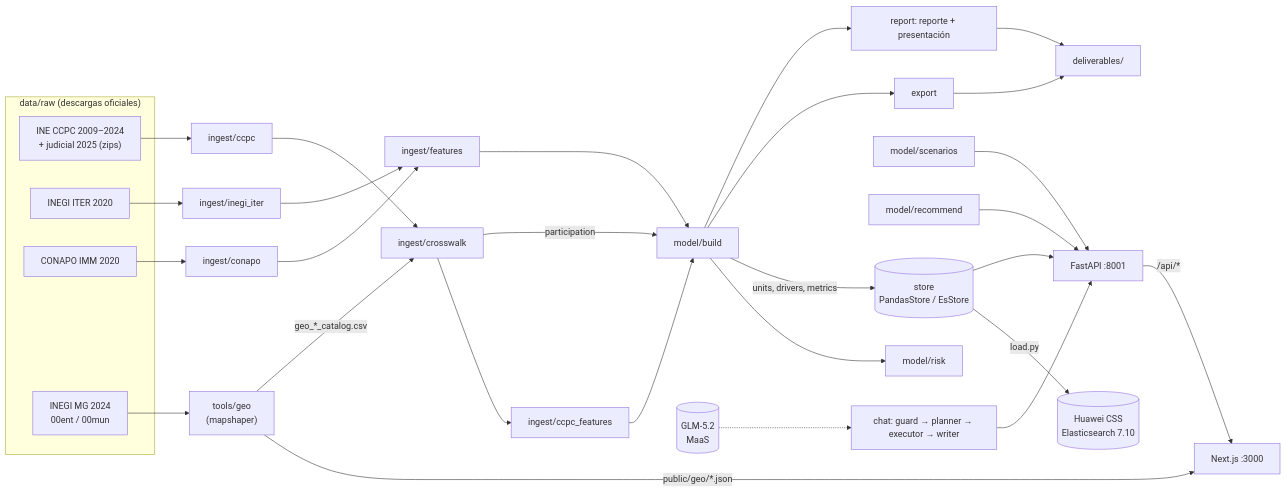
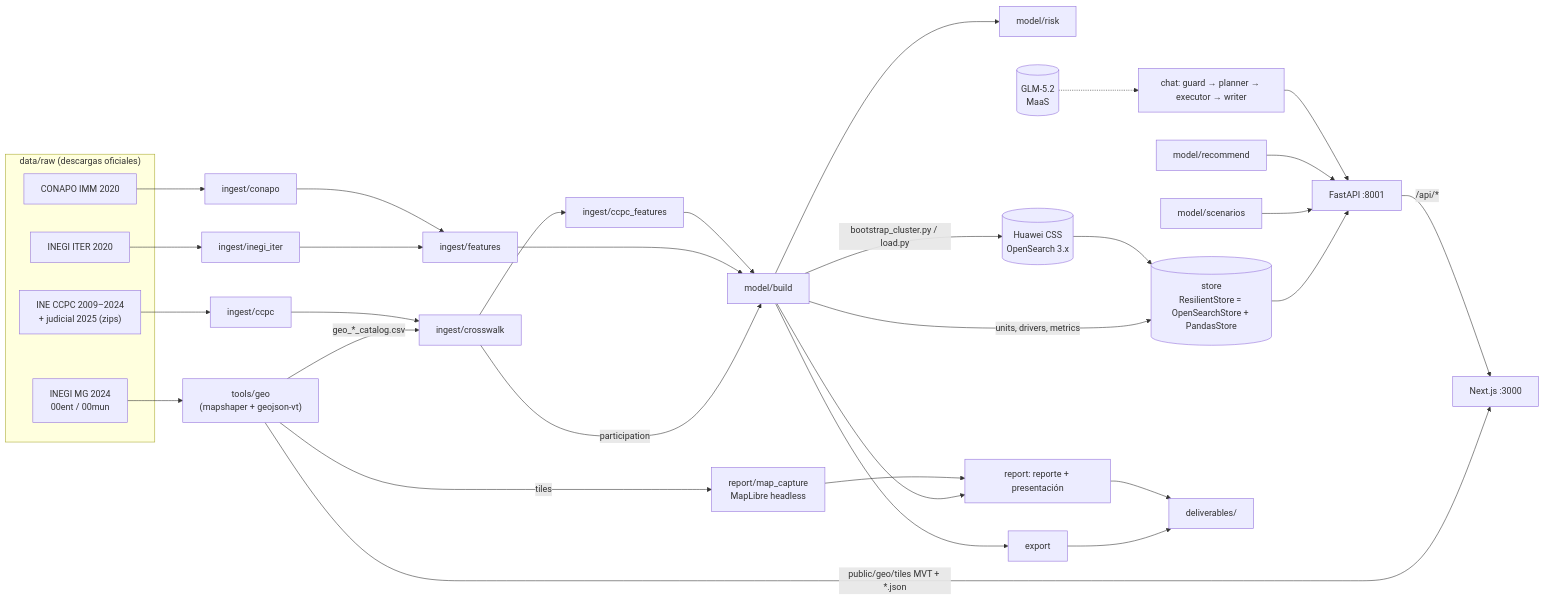
The diagram in explanation.md (MrAres259/INE-Hackathon-OXENT), drawn with Mermaid before and after one commit. The commit also changed other lines of this file, not shown here.

Commit message:
Update explanation.md: OpenSearch disposable cluster, vector-tile map engine, MapLibre-rendered PDF maps, current status

````diff
--- a/explanation.md
+++ b/explanation.md
@@ -30,30 +30,33 @@
 ```mermaid
 flowchart LR
   subgraph RAW["data/raw (descargas oficiales)"]
     CCPC["INE CCPC 2009–2024<br/>+ judicial 2025 (zips)"]
     ITER["INEGI ITER 2020"]
     IMM["CONAPO IMM 2020"]
     SHP["INEGI MG 2024<br/>00ent / 00mun"]
   end
-  SHP --> GEO["tools/geo<br/>(mapshaper)"]
-  GEO -->|public/geo/*.json| WEB
+  SHP --> GEO["tools/geo<br/>(mapshaper + geojson-vt)"]
+  GEO -->|public/geo/tiles MVT + *.json| WEB
+  GEO -->|tiles| CAP[report/map_capture<br/>MapLibre headless]
   GEO -->|geo_*_catalog.csv| CW
   CCPC --> CC[ingest/ccpc] --> CW[ingest/crosswalk]
   ITER --> IT[ingest/inegi_iter] --> FE[ingest/features]
   IMM --> CO[ingest/conapo] --> FE
   CW --> CF[ingest/ccpc_features]
   CW -->|participation| MB
   FE --> MB[model/build]
   CF --> MB
   MB --> RK[model/risk] 
-  MB -->|units, drivers, metrics| ST[(store<br/>PandasStore / EsStore)]
-  ST -->|load.py| CSS[(Huawei CSS<br/>Elasticsearch 7.10)]
+  MB -->|units, drivers, metrics| ST[(store<br/>ResilientStore = OpenSearchStore + PandasStore)]
+  MB -->|bootstrap_cluster.py / load.py| CSS[(Huawei CSS<br/>OpenSearch 3.x)]
+  CSS --> ST
   ST --> API[FastAPI :8001]
   SC[model/scenarios] --> API
   RC[model/recommend] --> API
   CHAT[chat: guard → planner → executor → writer] --> API
   LLM[(GLM-5.2<br/>MaaS)] -.-> CHAT
   API -->|/api/*| WEB[Next.js :3000]
   MB --> EX[export] --> DEL[deliverables/]
   MB --> REP[report: reporte + presentación] --> DEL
+  CAP --> REP
 ```
````
